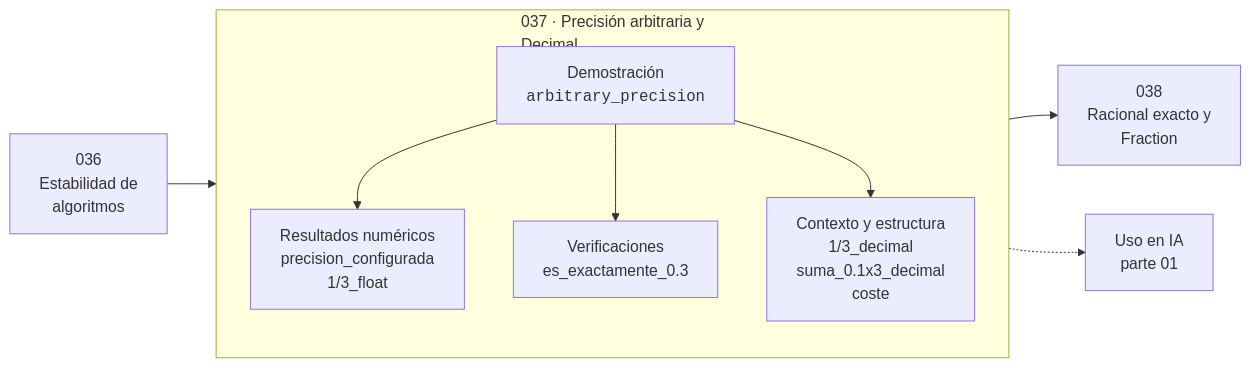
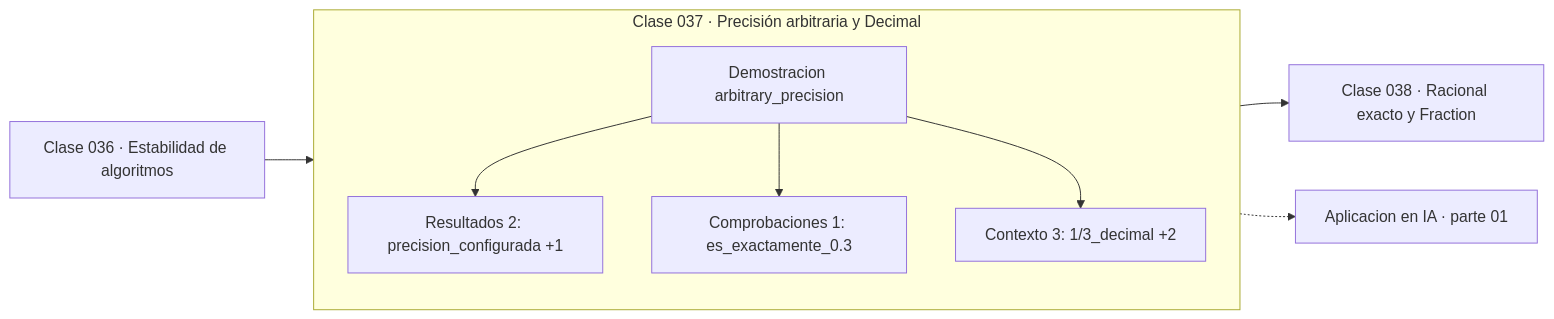
The diagram in classes/part-01-aritmetica-computacional-y-representacion-numerica/037-precision-arbitraria-y-decimal/README.md (vladimiracunadev-create/computational-mathematics-program), drawn with Mermaid before and after one commit. The commit also changed 389 other files, not shown here.

First line of the commit message:
fix(diagramas): elimina el HTML de las etiquetas Mermaid

````diff
--- a/classes/part-01-aritmetica-computacional-y-representacion-numerica/037-precision-arbitraria-y-decimal/README.md
+++ b/classes/part-01-aritmetica-computacional-y-representacion-numerica/037-precision-arbitraria-y-decimal/README.md
@@ -35,12 +35,13 @@
 ```mermaid
 flowchart LR
-    P["036<br/>Estabilidad de<br/>algoritmos"] --> C
-    subgraph C["037 · Precisión arbitraria y<br/>Decimal"]
+    P["Clase 036 · Estabilidad de algoritmos"] --> D
+    subgraph CLASE["Clase 037 · Precisión arbitraria y Decimal"]
         direction TB
-        D["Demostración<br/><code>arbitrary_precision</code>"] --> R["Resultados numéricos<br/>precision_configurada<br/>1/3_float"]
-        D --> V["Verificaciones<br/>es_exactamente_0.3"]
-        D --> O["Contexto y estructura<br/>1/3_decimal<br/>suma_0.1x3_decimal<br/>coste"]
+        D["Demostracion arbitrary_precision"]
+        D --> R["Resultados 2: precision_configurada +1"]
+        D --> V["Comprobaciones 1: es_exactamente_0.3"]
+        D --> O["Contexto 3: 1/3_decimal +2"]
     end
-    C --> N["038<br/>Racional exacto y<br/>Fraction"]
-    C -.-> IA["Uso en IA<br/>parte 01"]
+    R --> N["Clase 038 · Racional exacto y Fraction"]
+    V -.-> IA["Aplicacion en IA · parte 01"]
 ```
````
